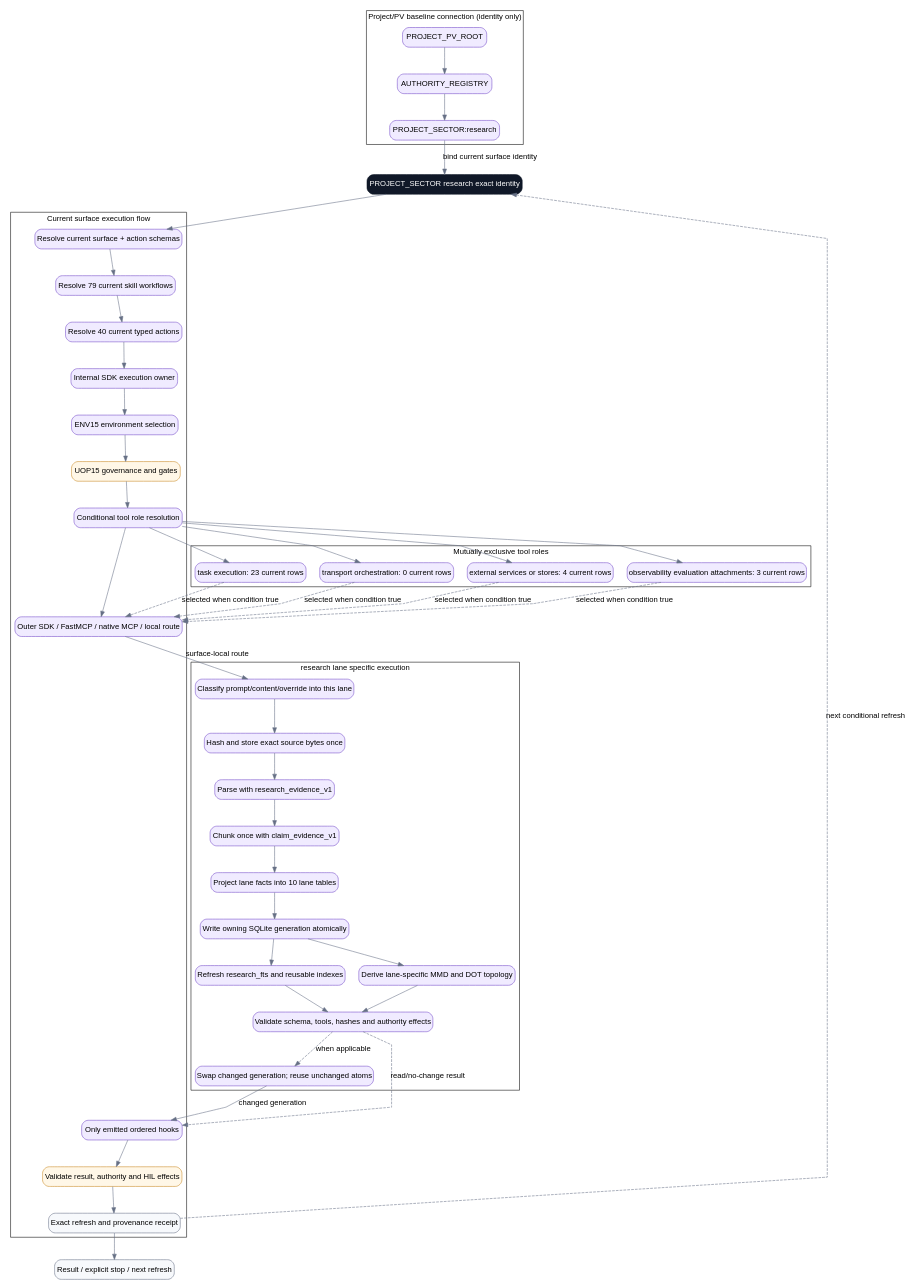
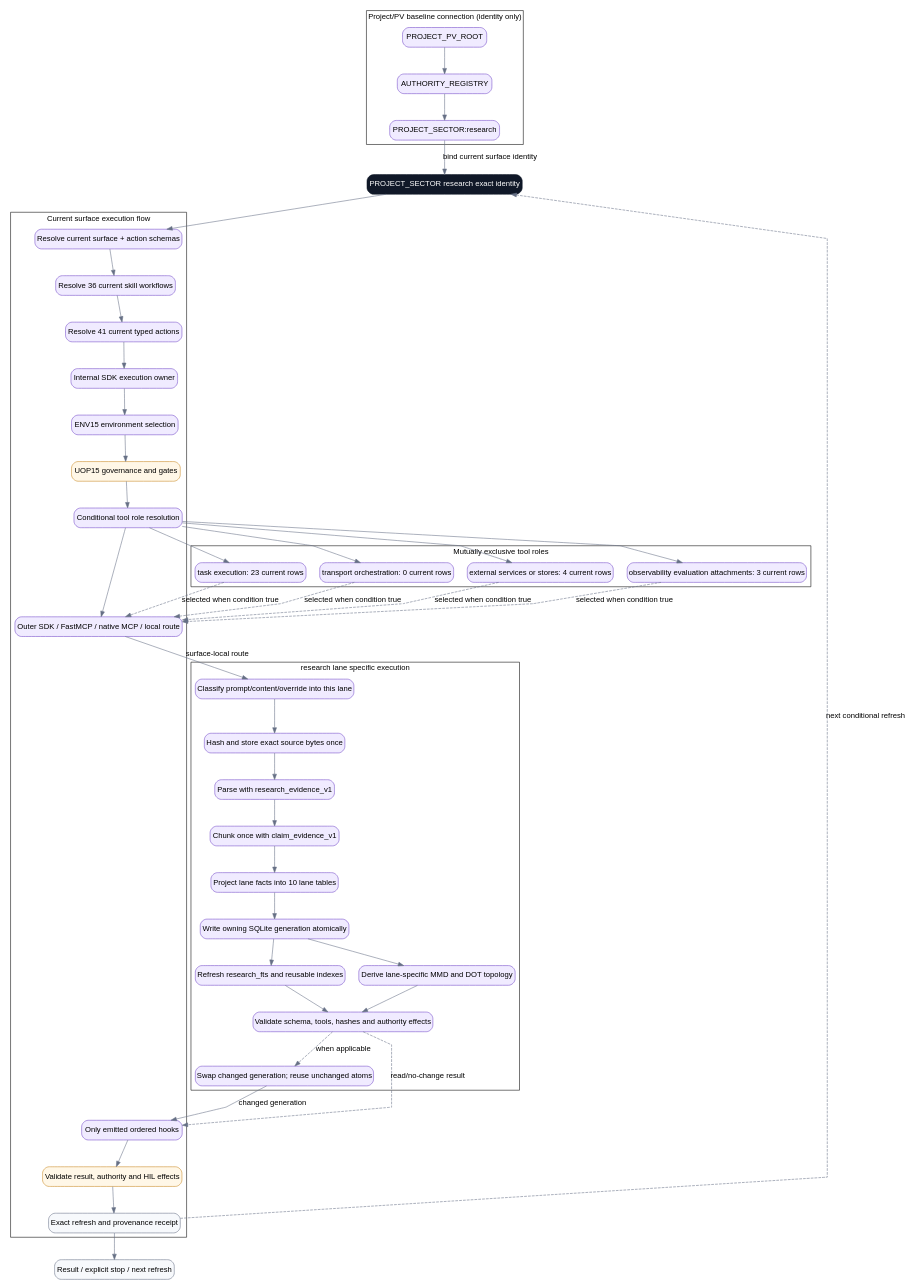
Before and after one commit to rathee000001/evidence_lane_plugin: the diagram in plugins/evidence-lane-plugin/authorities/project_sectors/research/workflow.dot, drawn with Graphviz. The commit also changed 551 other files, not shown here.

```diff
--- a/plugins/evidence-lane-plugin/authorities/project_sectors/research/workflow.dot
+++ b/plugins/evidence-lane-plugin/authorities/project_sectors/research/workflow.dot
@@ -1,85 +1,85 @@
 digraph surface_project_sector_research {
   // EVIDENCE_LANE_GRAPH_ENGINE=PYTHON_GRAPHVIZ
   // PYTHON_GRAPHVIZ_VERSION=0.21
   bgcolor=white compound=true fontname=Arial newrank=true nodesep=0.35 rankdir=TB ranksep=0.65 splines=polyline
   node [color="#667085" fontname=Arial shape=box style="rounded,filled"]
   edge [color="#667085" fontname=Arial]
   ENTRY [label="PROJECT_SECTOR research exact identity" color="#101828" fillcolor="#101828" fontcolor=white shape=box style="rounded,filled"]
   EXIT [label="Result / explicit stop / next refresh" color="#667085" fillcolor="#f7f9fc" shape=box style="rounded,filled"]
   subgraph cluster_flow {
     label="Current surface execution flow" rankdir=TB
     SCHEMA [label="Resolve current surface + action schemas" color="#7147c7" fillcolor="#f0ebff" shape=box style="rounded,filled"]
-    SKILLS [label="Resolve 79 current skill workflows" color="#7147c7" fillcolor="#f0ebff" shape=box style="rounded,filled"]
-    ACTIONS [label="Resolve 40 current typed actions" color="#7147c7" fillcolor="#f0ebff" shape=box style="rounded,filled"]
+    SKILLS [label="Resolve 36 current skill workflows" color="#7147c7" fillcolor="#f0ebff" shape=box style="rounded,filled"]
+    ACTIONS [label="Resolve 41 current typed actions" color="#7147c7" fillcolor="#f0ebff" shape=box style="rounded,filled"]
     INTERNAL_SDK [label="Internal SDK execution owner" color="#7147c7" fillcolor="#f0ebff" shape=box style="rounded,filled"]
     ENV [label="ENV15 environment selection" color="#7147c7" fillcolor="#f0ebff" shape=box style="rounded,filled"]
     UOP [label="UOP15 governance and gates" color="#c88722" fillcolor="#fff7e7" shape=box style="rounded,filled"]
     TOOLS [label="Conditional tool role resolution" color="#7147c7" fillcolor="#f0ebff" shape=box style="rounded,filled"]
     OUTER [label="Outer SDK / FastMCP / native MCP / local route" color="#7147c7" fillcolor="#f0ebff" shape=box style="rounded,filled"]
     HOOKS [label="Only emitted ordered hooks" color="#7147c7" fillcolor="#f0ebff" shape=box style="rounded,filled"]
     VALIDATE [label="Validate result, authority and HIL effects" color="#c88722" fillcolor="#fff7e7" shape=box style="rounded,filled"]
     RECEIPT [label="Exact refresh and provenance receipt" color="#667085" fillcolor="#f7f9fc" shape=box style="rounded,filled"]
   }
   subgraph cluster_project_pv_baseline {
     label="Project/PV baseline connection (identity only)" rankdir=TB
     BASELINE_01 [label=PROJECT_PV_ROOT color="#7147c7" fillcolor="#f0ebff" shape=box style="rounded,filled"]
     BASELINE_02 [label=AUTHORITY_REGISTRY color="#7147c7" fillcolor="#f0ebff" shape=box style="rounded,filled"]
     BASELINE_03 [label="PROJECT_SECTOR:research" color="#7147c7" fillcolor="#f0ebff" shape=box style="rounded,filled"]
   }
   subgraph cluster_surface_phases {
     label="research lane specific execution" rankdir=TB
     PHASE_SOURCE_CLASSIFY [label="Classify prompt/content/override into this lane" color="#7147c7" fillcolor="#f0ebff" shape=box style="rounded,filled"]
     PHASE_EXACT_SOURCE_CAS [label="Hash and store exact source bytes once" color="#7147c7" fillcolor="#f0ebff" shape=box style="rounded,filled"]
     PHASE_LANE_PARSE [label="Parse with research_evidence_v1" color="#7147c7" fillcolor="#f0ebff" shape=box style="rounded,filled"]
     PHASE_LANE_CHUNK [label="Chunk once with claim_evidence_v1" color="#7147c7" fillcolor="#f0ebff" shape=box style="rounded,filled"]
     PHASE_STRUCTURED_FACTS [label="Project lane facts into 10 lane tables" color="#7147c7" fillcolor="#f0ebff" shape=box style="rounded,filled"]
     PHASE_SQLITE_COMMIT [label="Write owning SQLite generation atomically" color="#7147c7" fillcolor="#f0ebff" shape=box style="rounded,filled"]
     PHASE_RETRIEVAL_INDEX [label="Refresh research_fts and reusable indexes" color="#7147c7" fillcolor="#f0ebff" shape=box style="rounded,filled"]
     PHASE_TOPOLOGY_GRAPH [label="Derive lane-specific MMD and DOT topology" color="#7147c7" fillcolor="#f0ebff" shape=box style="rounded,filled"]
     PHASE_RESULT_VALIDATE [label="Validate schema, tools, hashes and authority effects" color="#7147c7" fillcolor="#f0ebff" shape=box style="rounded,filled"]
     PHASE_ATOMIC_REFRESH [label="Swap changed generation; reuse unchanged atoms" color="#7147c7" fillcolor="#f0ebff" shape=box style="rounded,filled"]
   }
   subgraph cluster_tool_roles {
     label="Mutually exclusive tool roles" rankdir=TB
     ROLE_TASK_EXECUTION [label="task execution: 23 current rows" color="#7147c7" fillcolor="#f0ebff" shape=box style="rounded,filled"]
     ROLE_TRANSPORT_ORCHESTRATION [label="transport orchestration: 0 current rows" color="#7147c7" fillcolor="#f0ebff" shape=box style="rounded,filled"]
     ROLE_EXTERNAL_SERVICES_OR_STORES [label="external services or stores: 4 current rows" color="#7147c7" fillcolor="#f0ebff" shape=box style="rounded,filled"]
     ROLE_OBSERVABILITY_EVALUATION_ATTACHMENTS [label="observability evaluation attachments: 3 current rows" color="#7147c7" fillcolor="#f0ebff" shape=box style="rounded,filled"]
   }
   ENTRY -> SCHEMA
   SCHEMA -> SKILLS
   SKILLS -> ACTIONS
   ACTIONS -> INTERNAL_SDK
   INTERNAL_SDK -> ENV
   ENV -> UOP
   UOP -> TOOLS
   TOOLS -> OUTER
   BASELINE_01 -> BASELINE_02
   BASELINE_02 -> BASELINE_03
   BASELINE_03 -> ENTRY [label="bind current surface identity"]
   OUTER -> PHASE_SOURCE_CLASSIFY [label="surface-local route"]
   PHASE_SOURCE_CLASSIFY -> PHASE_EXACT_SOURCE_CAS
   PHASE_EXACT_SOURCE_CAS -> PHASE_LANE_PARSE
   PHASE_LANE_PARSE -> PHASE_LANE_CHUNK
   PHASE_LANE_CHUNK -> PHASE_STRUCTURED_FACTS
   PHASE_STRUCTURED_FACTS -> PHASE_SQLITE_COMMIT
   PHASE_SQLITE_COMMIT -> PHASE_RETRIEVAL_INDEX
   PHASE_SQLITE_COMMIT -> PHASE_TOPOLOGY_GRAPH
   PHASE_RETRIEVAL_INDEX -> PHASE_RESULT_VALIDATE
   PHASE_TOPOLOGY_GRAPH -> PHASE_RESULT_VALIDATE
   PHASE_RESULT_VALIDATE -> PHASE_ATOMIC_REFRESH [label="when applicable" style=dashed]
   PHASE_RESULT_VALIDATE -> HOOKS [label="read/no-change result" style=dashed]
   PHASE_ATOMIC_REFRESH -> HOOKS [label="changed generation"]
   HOOKS -> VALIDATE
   VALIDATE -> RECEIPT
   RECEIPT -> EXIT
   RECEIPT -> ENTRY [label="next conditional refresh" style=dashed]
   TOOLS -> ROLE_TASK_EXECUTION
   ROLE_TASK_EXECUTION -> OUTER [label="selected when condition true" style=dashed]
   TOOLS -> ROLE_TRANSPORT_ORCHESTRATION
   ROLE_TRANSPORT_ORCHESTRATION -> OUTER [label="selected when condition true" style=dashed]
   TOOLS -> ROLE_EXTERNAL_SERVICES_OR_STORES
   ROLE_EXTERNAL_SERVICES_OR_STORES -> OUTER [label="selected when condition true" style=dashed]
   TOOLS -> ROLE_OBSERVABILITY_EVALUATION_ATTACHMENTS
   ROLE_OBSERVABILITY_EVALUATION_ATTACHMENTS -> OUTER [label="selected when condition true" style=dashed]
 }
```
